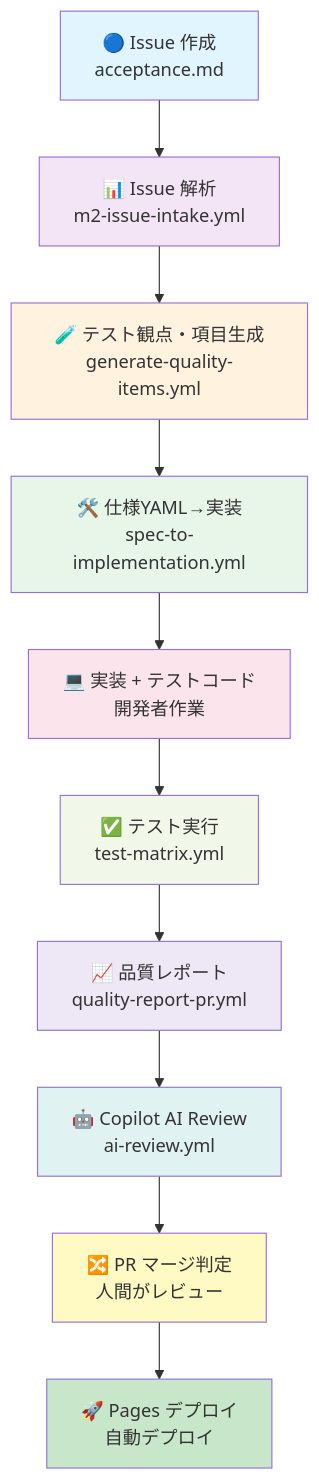
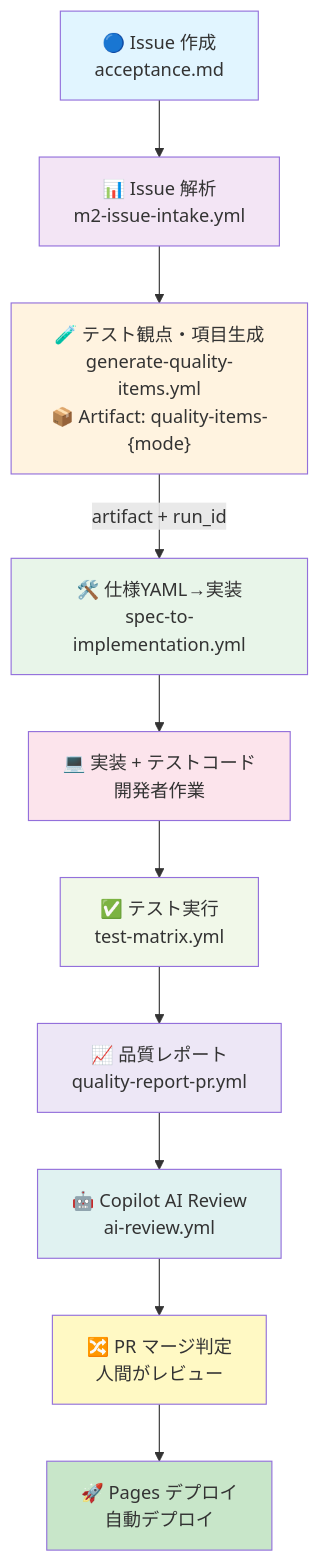
One commit to cocomomojo/copilot-quality-harness changed the first of 2 diagrams in docs/OPERATION_FLOW.md. Above: the diagram before and after it, drawn with Mermaid. The commit also changed other lines of this file, not shown here.

First line of the commit message:
docs: Update OPERATION_FLOW.md with artifact chaining details

````diff
--- a/docs/OPERATION_FLOW.md
+++ b/docs/OPERATION_FLOW.md
@@ -9,23 +11,23 @@
 ```mermaid
 graph TD
     A["🔵 Issue 作成<br/>acceptance.md"] --> B["📊 Issue 解析<br/>m2-issue-intake.yml"]
-    B --> C["🧪 テスト観点・項目生成<br/>generate-quality-items.yml"]
-    C --> D["🛠️ 仕様YAML→実装<br/>spec-to-implementation.yml"]
+    B --> C["🧪 テスト観点・項目生成<br/>generate-quality-items.yml<br/>📦 Artifact: quality-items-{mode}"]
+    C -->|artifact + run_id| D["🛠️ 仕様YAML→実装<br/>spec-to-implementation.yml"]
     D --> E["💻 実装 + テストコード<br/>開発者作業"]
     E --> F["✅ テスト実行<br/>test-matrix.yml"]
     F --> G["📈 品質レポート<br/>quality-report-pr.yml"]
     G --> H["🤖 Copilot AI Review<br/>ai-review.yml"]
     H --> I["🔀 PR マージ判定<br/>人間がレビュー"]
     I --> J["🚀 Pages デプロイ<br/>自動デプロイ"]
     
     style A fill:#e1f5ff
     style B fill:#f3e5f5
     style C fill:#fff3e0
     style D fill:#e8f5e9
     style E fill:#fce4ec
     style F fill:#f1f8e9
     style G fill:#ede7f6
     style H fill:#e0f2f1
     style I fill:#fff9c4
     style J fill:#c8e6c9
 ```
````
